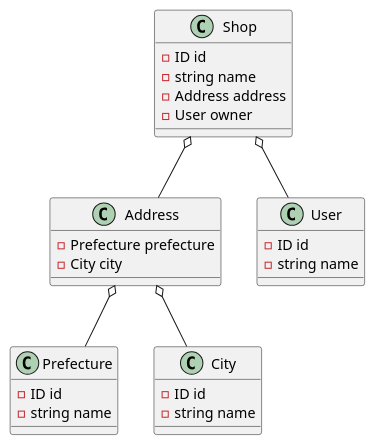
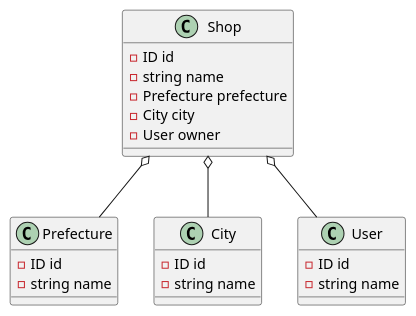
One commit to SuzukiCecil/graphql-php-study changed the diagram in doc/uml.wsd. Above: the diagram before and after it, drawn with PlantUML. The commit also changed 1 other file, not shown here.

```diff
--- a/doc/uml.wsd
+++ b/doc/uml.wsd
@@ -1,29 +1,25 @@
 @startuml
 class Shop {
   - ID id
   - string name
-  - Address address
-  - User owner
-}
-class Address {
   - Prefecture prefecture
   - City city
+  - User owner
 }
 class Prefecture {
   - ID id
   - string name
 }
 class City {
   - ID id
   - string name
 }
 class User {
   - ID id
   - string name
 }
 
-Shop o-- Address
+Shop o-- Prefecture
+Shop o-- City
 Shop o-- User
-Address o-- Prefecture
-Address o-- City
 @enduml
```
